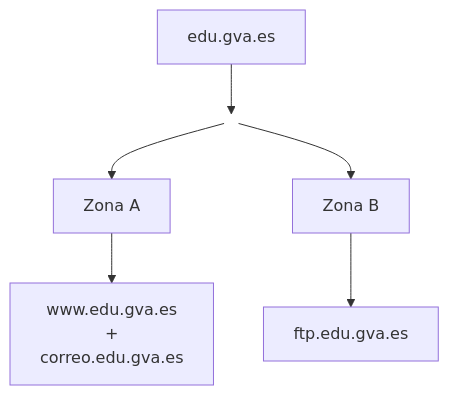
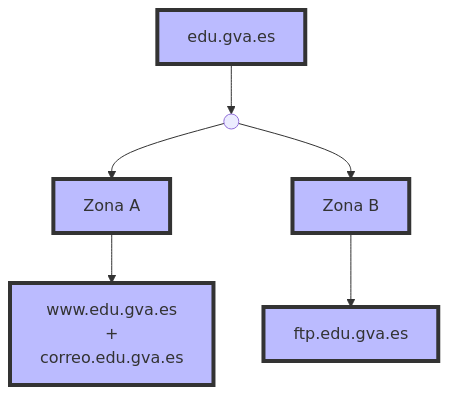
Before and after one commit to javieregeablasco/Apuntes: the second of 2 diagrams in docs/SMX/SMX_2/SX/apuntes/05_DNS.md, drawn with Mermaid.

Commit message:
Oct 29, 2026, 12:57 PM

````diff
--- a/docs/SMX/SMX_2/SX/apuntes/05_DNS.md
+++ b/docs/SMX/SMX_2/SX/apuntes/05_DNS.md
@@ -505,10 +505,15 @@
     ```mermaid
 
     flowchart TD
         A[edu.gva.es] --> X((　))
         X --> B[Zona A]
         X --> C[Zona B]
         B --> D[www.edu.gva.es </br>+</br>correo.edu.gva.es]
         C --> E[ftp.edu.gva.es]
-    style X fill:none,stroke:none
+    style X fill:#
+    style A fill:#bbf,stroke:#333,stroke-width:4px
+    style B fill:#bbf,stroke:#333,stroke-width:4px
+    style C fill:#bbf,stroke:#333,stroke-width:4px
+    style D fill:#bbf,stroke:#333,stroke-width:4px
+    style E fill:#bbf,stroke:#333,stroke-width:4px
     ```
````
